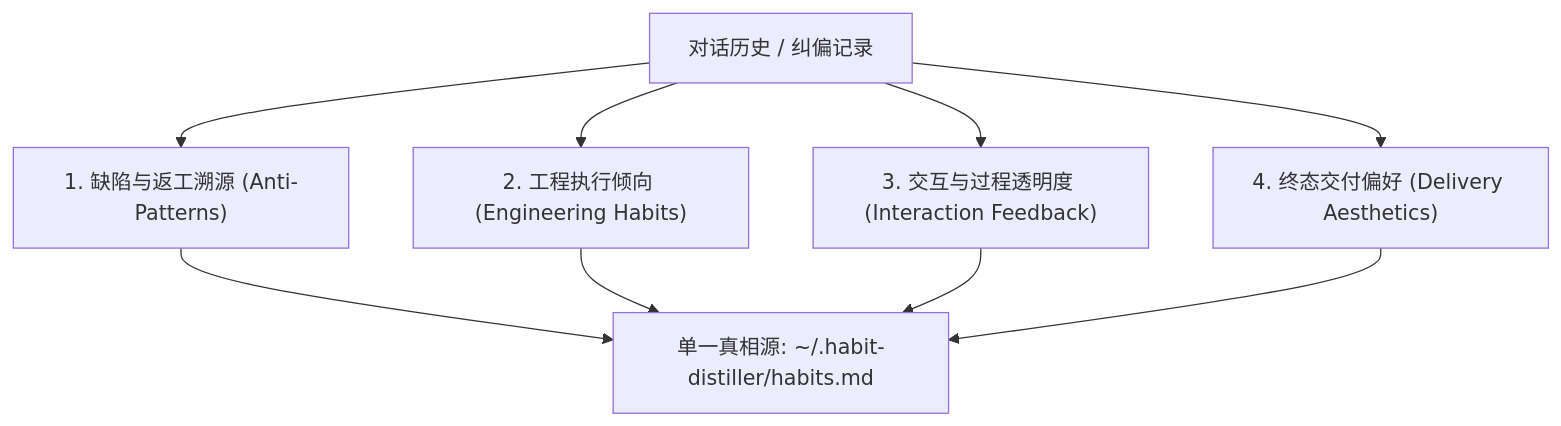
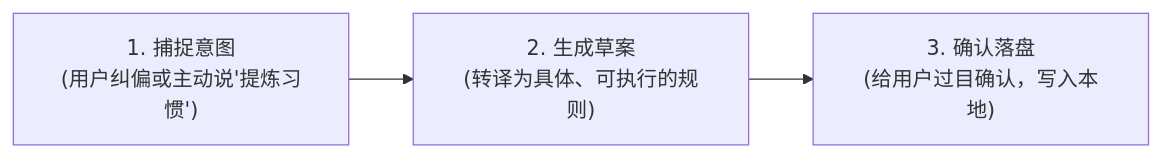
Before and after one commit to Ikaros-521/habit-distiller-skills: the diagram in core/habit_extractor.md, drawn with Mermaid. The commit also changed other lines of this file and 4 other files, not shown here.

Commit message:
refactor: simplify habit-distiller to core essence - assist user in distilling habits without over-engineering (KISS)

````diff
--- a/core/habit_extractor.md
+++ b/core/habit_extractor.md
@@ -20,8 +17,5 @@
 ```mermaid
-graph TD
-    A["对话历史 / 纠偏记录"] --> B["1. 缺陷与返工溯源 (Anti-Patterns)"]
-    A --> C["2. 工程执行倾向 (Engineering Habits)"]
-    A --> D["3. 交互与过程透明度 (Interaction Feedback)"]
-    A --> E["4. 终态交付偏好 (Delivery Aesthetics)"]
-    B & C & D & E --> F["单一真相源: ~/.habit-distiller/habits.md"]
+graph LR
+    A["1. 捕捉意图<br>(用户纠偏或主动说'提炼习惯')"] --> B["2. 生成草案<br>(转译为具体、可执行的规则)"]
+    B --> C["3. 确认落盘<br>(给用户过目确认，写入本地)"]
 ```
````
